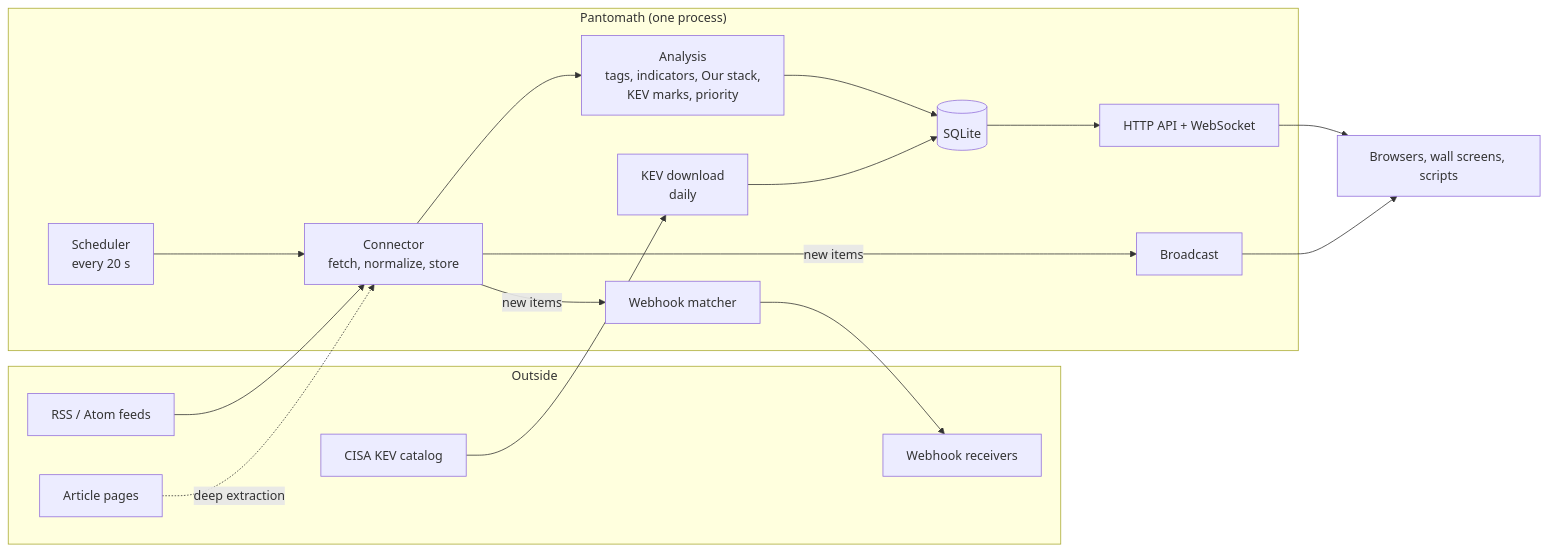
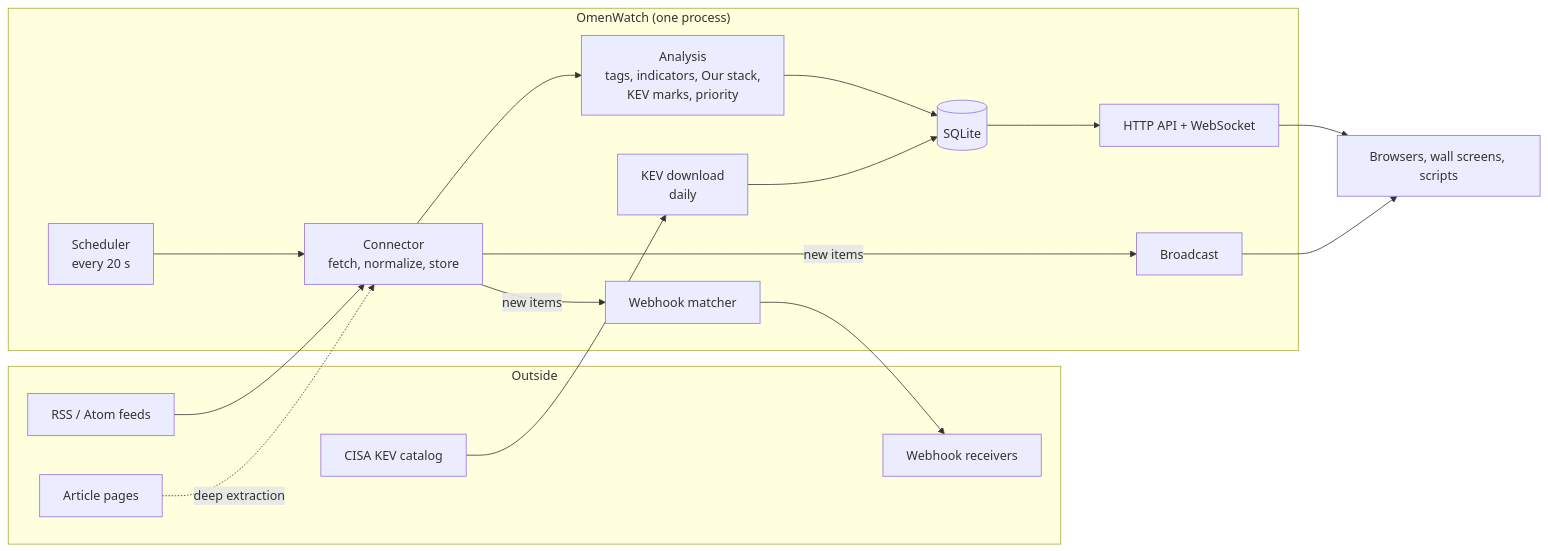
The diagram in docs/how-it-works.md (dzidulajubilee/OmenWatch), drawn with Mermaid before and after one commit. The commit also changed other lines of this file and 140 other files, not shown here.

First line of the commit message:
Rename Pantomath to OmenWatch (2.0.0b1)

````diff
--- a/docs/how-it-works.md
+++ b/docs/how-it-works.md
@@ -39,24 +39,24 @@
 ```mermaid
 flowchart LR
   subgraph Outside
     F[RSS / Atom feeds]
     A[Article pages]
     K[CISA KEV catalog]
     W[Webhook receivers]
   end
-  subgraph Pantomath["Pantomath (one process)"]
+  subgraph OmenWatch["OmenWatch (one process)"]
     S[Scheduler<br/>every 20 s] --> C[Connector<br/>fetch, normalize, store]
     C --> AN[Analysis<br/>tags, indicators, Our stack,<br/>KEV marks, priority]
     AN --> DB[(SQLite)]
     KD[KEV download<br/>daily] --> DB
     DB --> API[HTTP API + WebSocket]
     C -- new items --> WS[Broadcast]
     C -- new items --> WH[Webhook matcher]
   end
   F --> C
   A -. deep extraction .-> C
   K --> KD
   WH --> W
   API --> B[Browsers, wall screens, scripts]
   WS --> B
 ```
````
